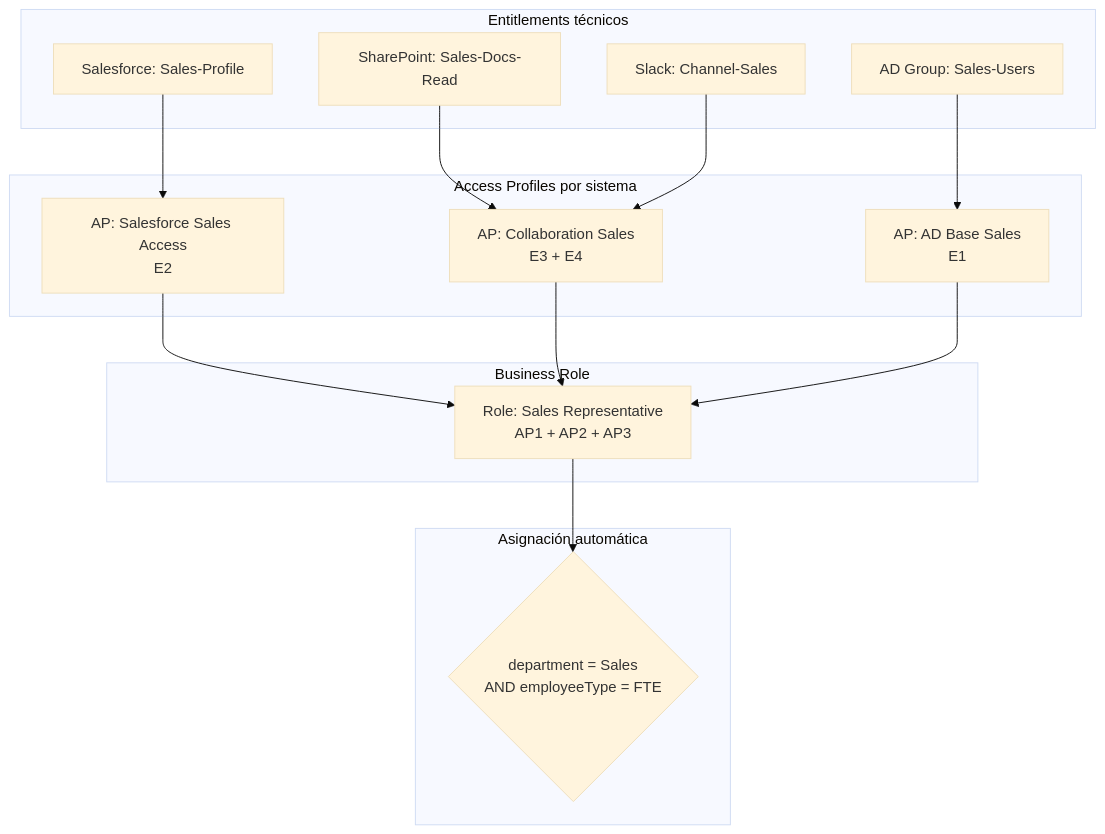
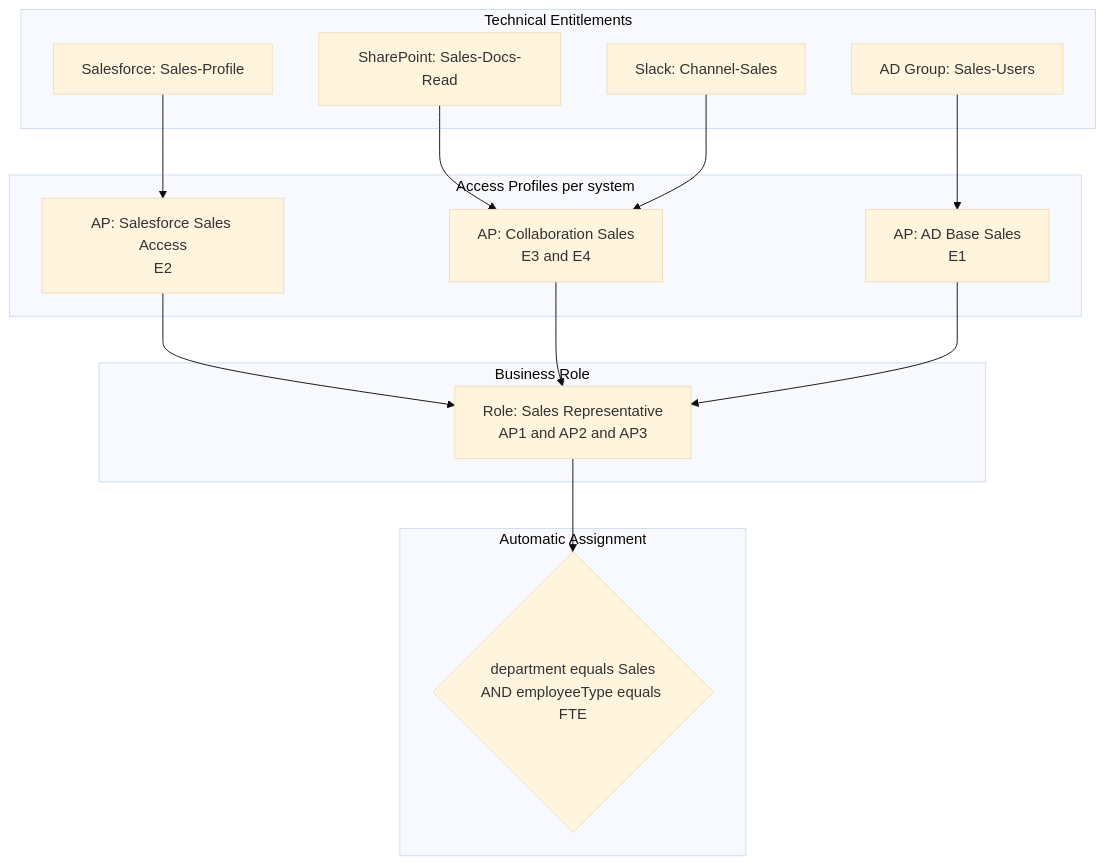
One commit to yaz29/cloud-security-portfolio changed the diagram in SailPoint/04-Roles-&-Access-Profiles/README.md. Above: the diagram before and after it, drawn with Mermaid (base theme). The commit also changed other lines of this file, not shown here.

````diff
--- a/SailPoint/04-Roles-&-Access-Profiles/README.md
+++ b/SailPoint/04-Roles-&-Access-Profiles/README.md
@@ -20,25 +20,25 @@
 ```mermaid
 flowchart TD
-    subgraph Entitlements técnicos
+    subgraph Technical Entitlements
         E1[AD Group: Sales-Users]
         E2[Salesforce: Sales-Profile]
         E3[SharePoint: Sales-Docs-Read]
         E4[Slack: Channel-Sales]
     end
-    subgraph Access Profiles por sistema
+    subgraph Access Profiles per system
         AP1[AP: Salesforce Sales Access\nE2]
-        AP2[AP: Collaboration Sales\nE3 + E4]
+        AP2[AP: Collaboration Sales\nE3 and E4]
         AP3[AP: AD Base Sales\nE1]
     end
     subgraph Business Role
-        R[Role: Sales Representative\nAP1 + AP2 + AP3]
+        R[Role: Sales Representative\nAP1 and AP2 and AP3]
     end
-    subgraph Asignación automática
-        RULE{department = Sales\nAND employeeType = FTE}
+    subgraph Automatic Assignment
+        RULE{department equals Sales\nAND employeeType equals FTE}
     end
     E1 --> AP3
     E2 --> AP1
     E3 & E4 --> AP2
     AP1 & AP2 & AP3 --> R
     R --> RULE
 ```
````
